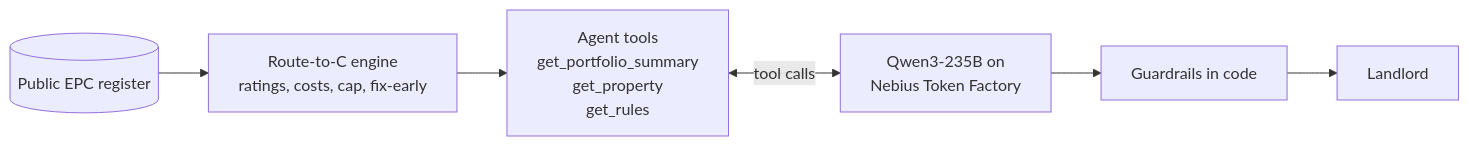
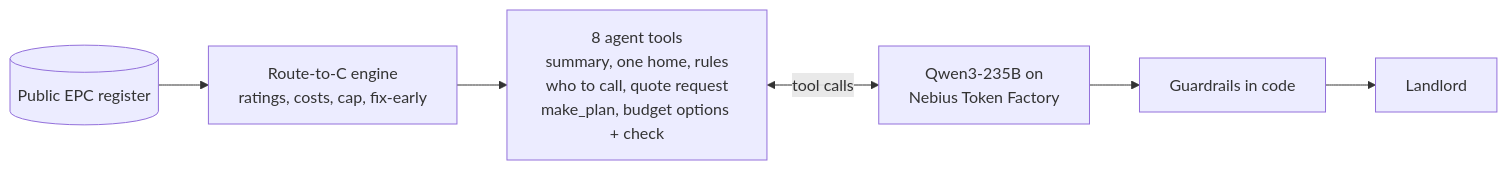
The diagram in README.md (sunilramjali/nebius-token-factory-hackathon), drawn with Mermaid before and after one commit. The commit also changed other lines of this file and 6 other files, not shown here.

````diff
--- a/README.md
+++ b/README.md
@@ -45,8 +62,8 @@
 ```mermaid
 flowchart LR
     R[(Public EPC register)] --> E[Route-to-C engine<br/>ratings, costs, cap, fix-early]
-    E --> T[Agent tools<br/>get_portfolio_summary<br/>get_property<br/>get_rules]
+    E --> T[8 agent tools<br/>summary, one home, rules<br/>who to call, quote request<br/>make_plan, budget options + check]
     T <-->|tool calls| N[Qwen3-235B on<br/>Nebius Token Factory]
     N --> G[Guardrails in code]
     G --> L[Landlord]
 ```
````
